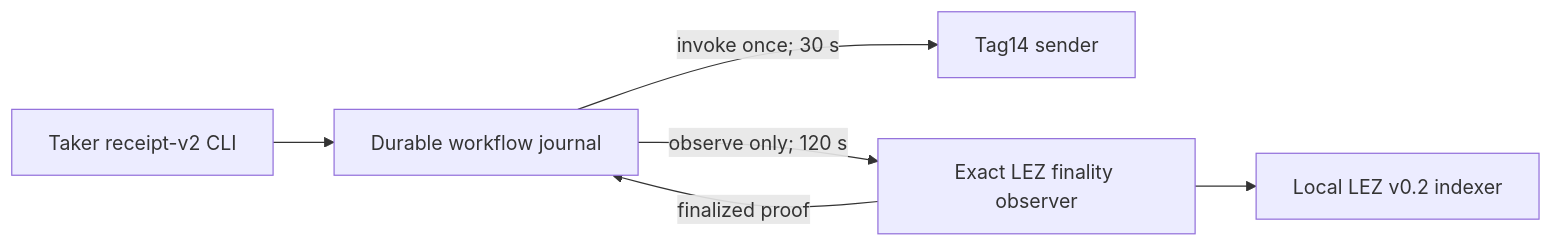
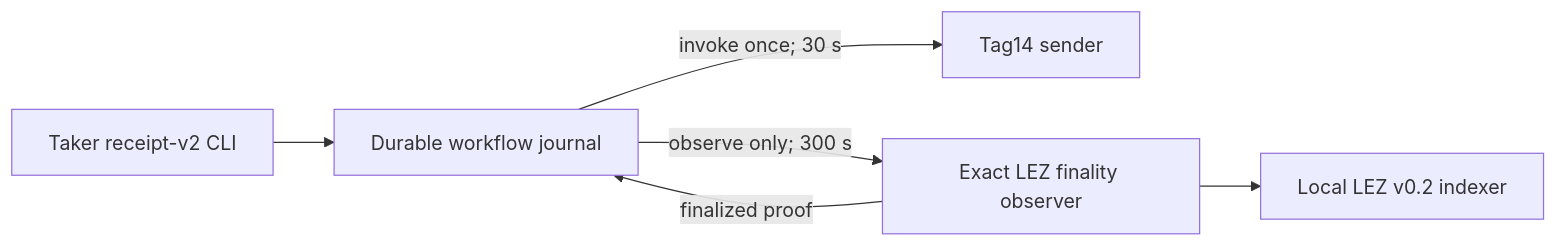
Before and after one commit to gateway-fm/lez-atomic-swaps: the first of 2 diagrams in docs/architecture/0205-bound-exact-xmr-finality-observation-separately.md, drawn with Mermaid. The commit also changed other lines of this file and 4 other files, not shown here.

````diff
--- a/docs/architecture/0205-bound-exact-xmr-finality-observation-separately.md
+++ b/docs/architecture/0205-bound-exact-xmr-finality-observation-separately.md
@@ -26,8 +29,8 @@
 ```mermaid
 flowchart LR
     CLI[Taker receipt-v2 CLI] --> J[Durable workflow journal]
     J -->|invoke once; 30 s| S[Tag14 sender]
-    J -->|observe only; 120 s| O[Exact LEZ finality observer]
+    J -->|observe only; 300 s| O[Exact LEZ finality observer]
     O --> I[Local LEZ v0.2 indexer]
     O -->|finalized proof| J
 ```
````
